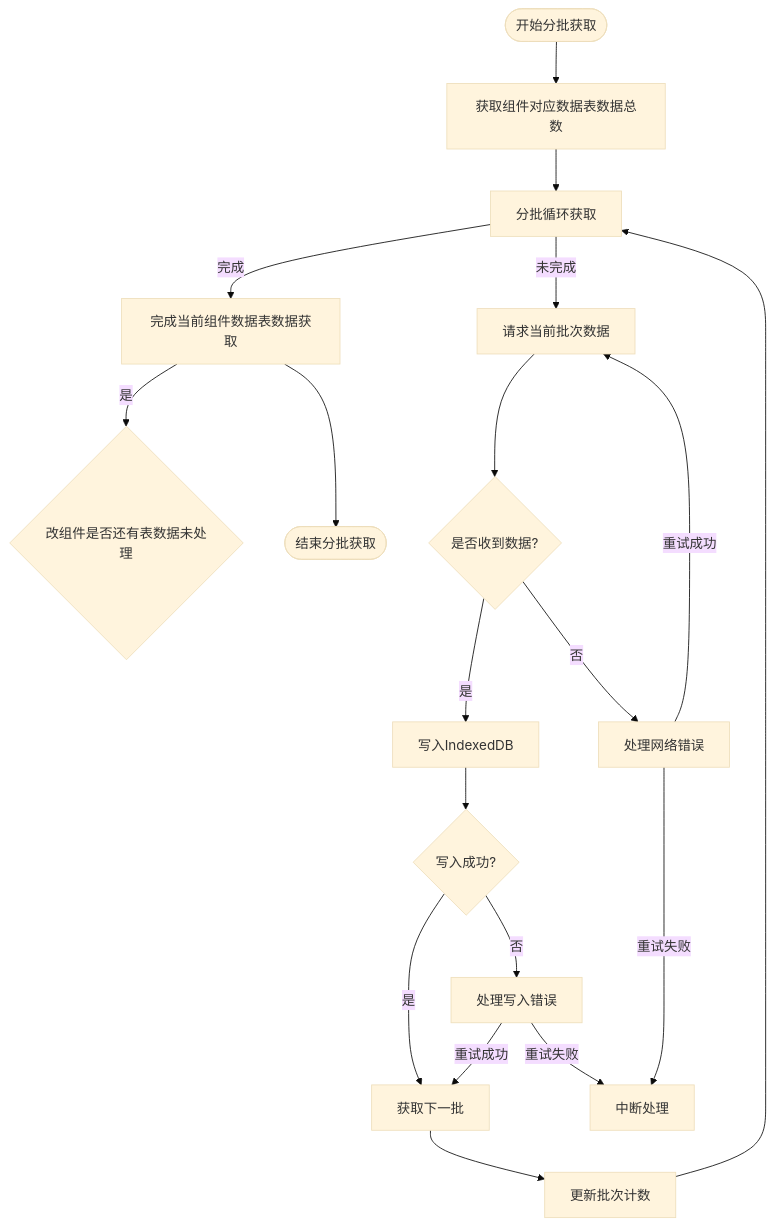
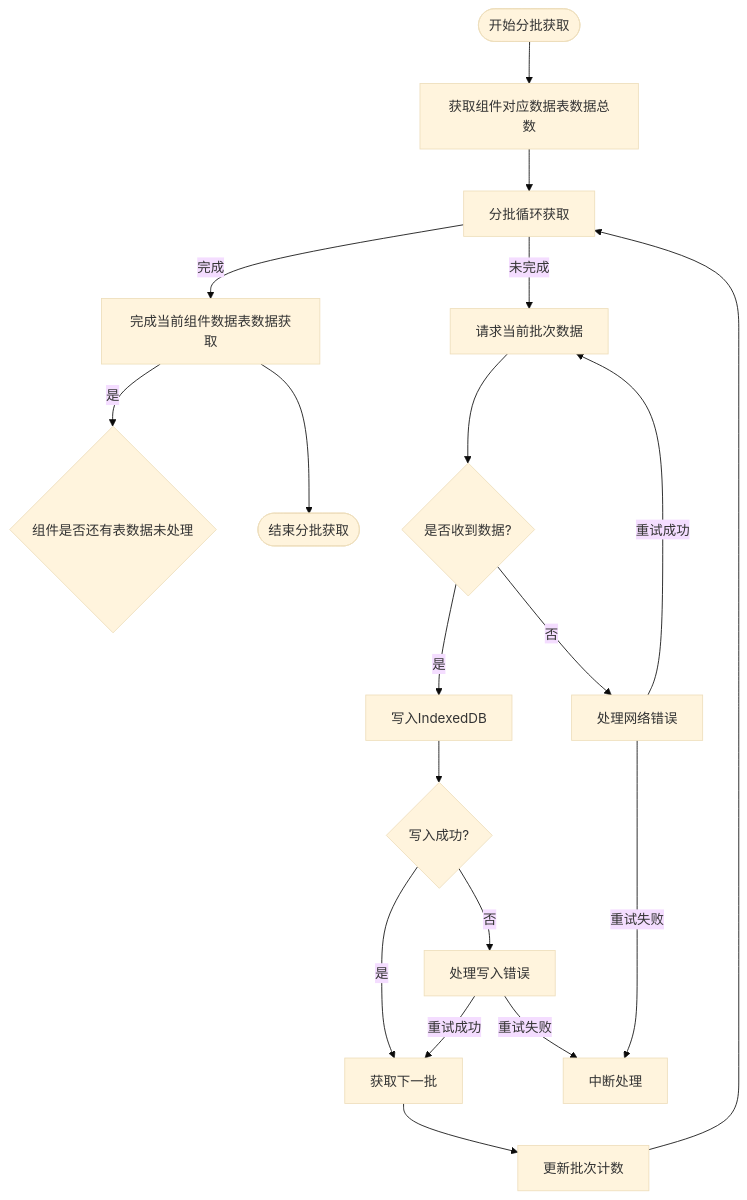
The diagram in all/未命名-56.md (yingjianzh/iodraw-files), drawn with Mermaid (base theme) before and after one commit.

Commit message:
2025-05-12 10:25:22 update

````diff
--- a/all/未命名-56.md
+++ b/all/未命名-56.md
@@ -1,31 +1,31 @@
 ```mermaid
 
 flowchart TD
     StartBatch([开始分批获取]) --> InitializeBatch[获取组件对应数据表数据总数]
     InitializeBatch --> CheckBatchSize[分批循环获取]
     
     CheckBatchSize -->|完成| BatchComplete[完成当前组件数据表数据获取]
 
-    BatchComplete --> |是| HasNext{改组件是否还有表数据未处理}
+    BatchComplete --> |是| HasNext{组件是否还有表数据未处理}
     
     CheckBatchSize -->|未完成| RequestBatch[请求当前批次数据]
     RequestBatch --> ReceiveBatch{是否收到数据?}
     
     ReceiveBatch -->|是| WriteToDB[写入IndexedDB]
     
     WriteToDB --> BatchSuccess{写入成功?}
     BatchSuccess -->|是| NextBatch[获取下一批]
     BatchSuccess -->|否| HandleError[处理写入错误]
     HandleError -->|重试成功| NextBatch
     HandleError -->|重试失败| AbortProcess[中断处理]
     
     ReceiveBatch -->|否| HandleNetworkError[处理网络错误]
     HandleNetworkError -->|重试成功| RequestBatch
     HandleNetworkError -->|重试失败| AbortProcess
     
     NextBatch --> IncrementBatch[更新批次计数]
     IncrementBatch --> CheckBatchSize
     
     BatchComplete --> EndBatch([结束分批获取])
 
 ```
````
